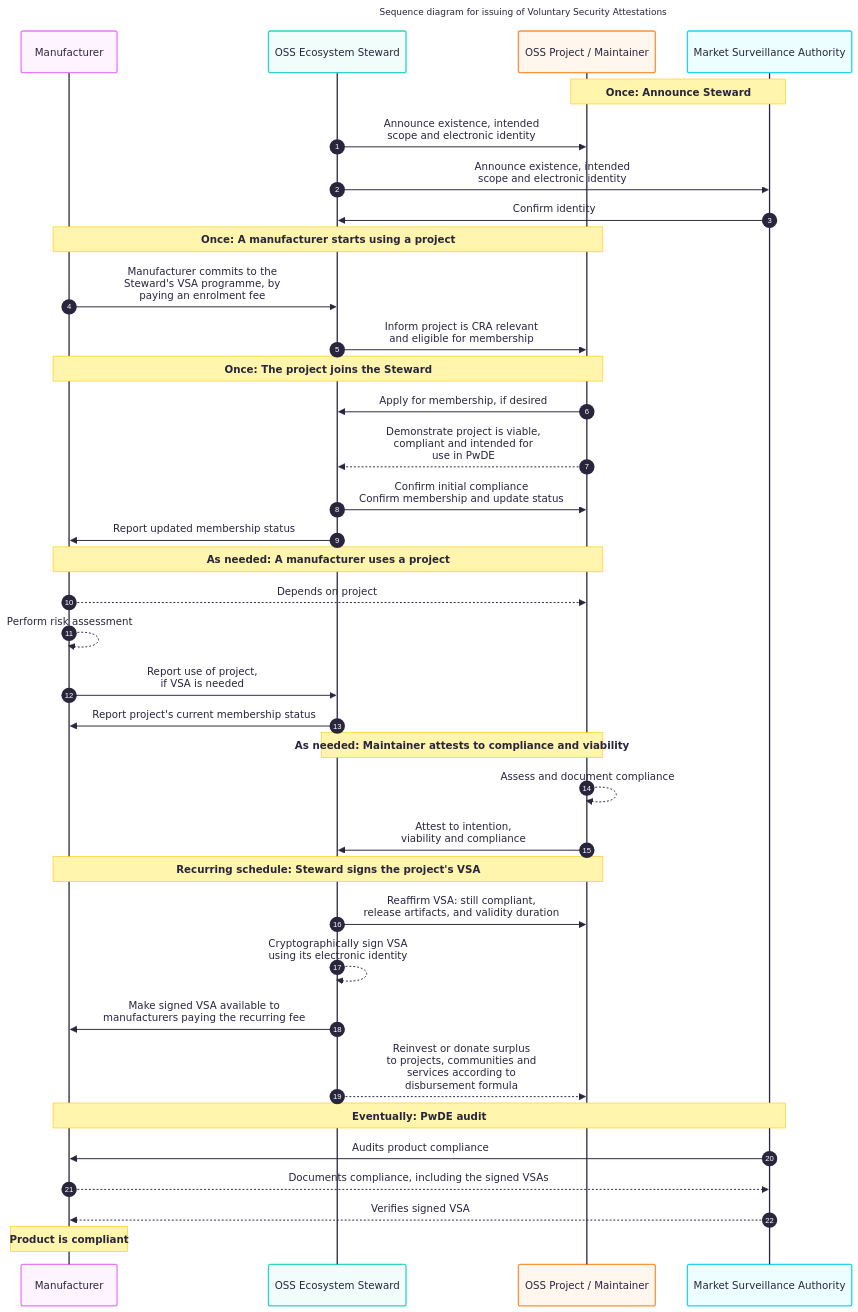
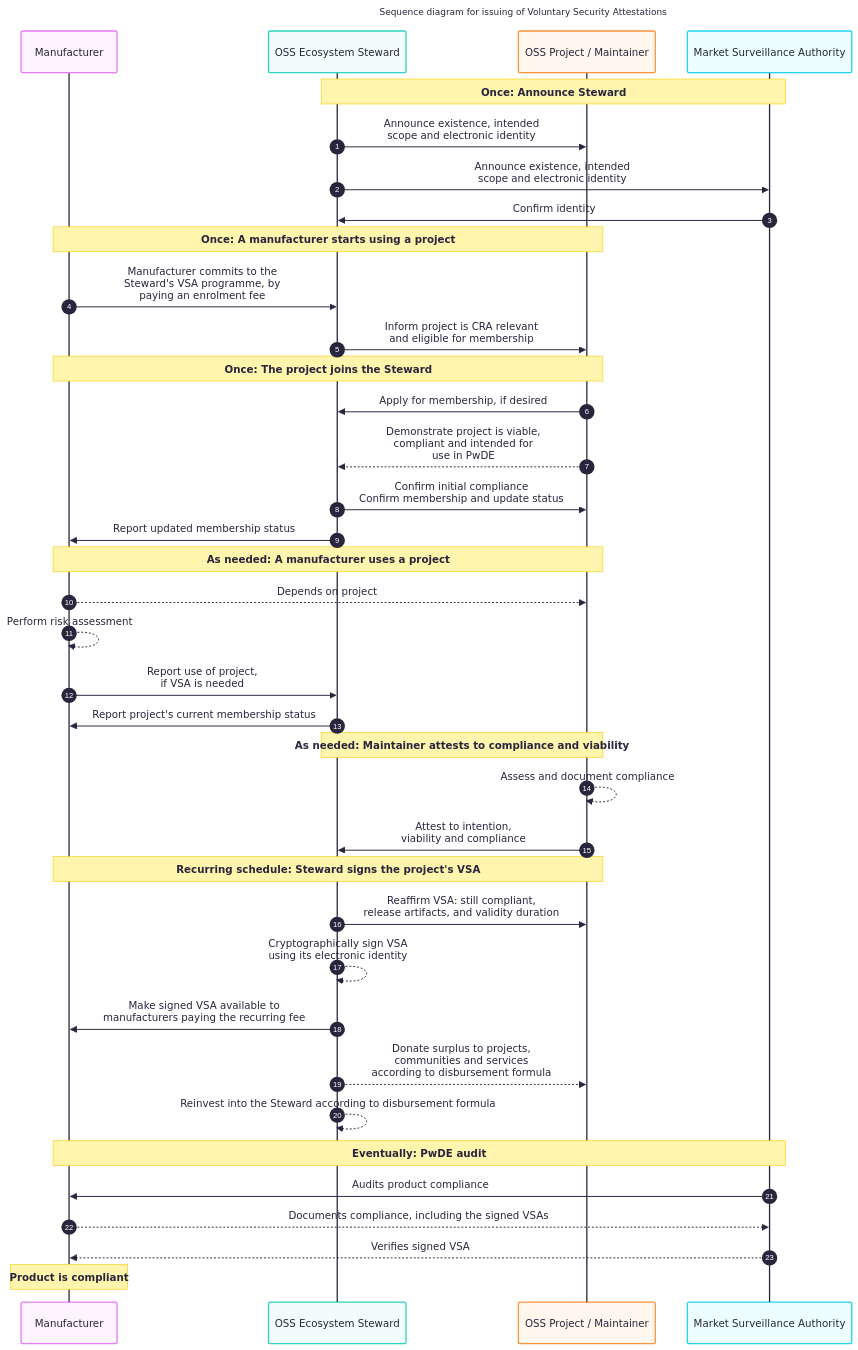
The diagram in docs/ecosystem-steward.md (CPAN-Security/security.metacpan.org), drawn with Mermaid before and after one commit. The commit also changed other lines of this file, not shown here.

````diff
--- a/docs/ecosystem-steward.md
+++ b/docs/ecosystem-steward.md
@@ -263,45 +265,46 @@
 ```mermaid
 ---
 title: Sequence diagram for issuing of Voluntary Security Attestations
 config:
     theme: redux-color
     layout: elk
     look: classic
 ---
 sequenceDiagram
     autonumber
     participant MFG as Manufacturer
     participant ES as OSS Ecosystem Steward
     participant OSS as OSS Project / Maintainer
     participant MSA as Market Surveillance Authority
-    note over OSS,MSA: Once: Announce Steward
+    note over ES,MSA: Once: Announce Steward
     ES->>OSS:   Announce existence, intended<br>scope and electronic identity
     ES->>MSA:   Announce existence, intended<br>scope and electronic identity
     MSA->>ES:   Confirm identity
     note over MFG,OSS: Once: A manufacturer starts using a project
     MFG->>ES:   Manufacturer commits to the<br>Steward's VSA programme, by<br>paying an enrolment fee
     ES->>OSS:   Inform project is CRA relevant<br>and eligible for membership
     note over MFG,OSS: Once: The project joins the Steward
     OSS->>ES:   Apply for membership, if desired
     OSS-->>ES:  Demonstrate project is viable,<br> compliant and intended for<br>use in PwDE
     ES->>OSS:   Confirm initial compliance<br>Confirm membership and update status
     ES->>MFG:   Report updated membership status
     note over MFG,OSS: As needed: A manufacturer uses a project
     MFG-->>OSS: Depends on project
     MFG-->>MFG: Perform risk assessment
     MFG->>ES:   Report use of project,<br>if VSA is needed
     ES->>MFG:   Report project's current membership status
     note over ES,OSS: As needed: Maintainer attests to compliance and viability
     OSS-->>OSS:  Assess and document compliance
     OSS->>ES:    Attest to intention,<br>viability and compliance
     note over MFG,OSS: Recurring schedule: Steward signs the project's VSA
     ES->>OSS:    Reaffirm VSA: still compliant,<br>release artifacts, and validity duration
     ES-->>ES:    Cryptographically sign VSA<br>using its electronic identity
     ES->>MFG:    Make signed VSA available to<br>manufacturers paying the recurring fee
-    ES-->>OSS:   Reinvest or donate surplus<br>to projects, communities and<br>services according to<br>disbursement formula
+    ES-->>OSS:   Donate surplus to projects,<br>communities and services<br>according to disbursement formula
+    ES-->>ES:    Reinvest into the Steward according to disbursement formula
     note over MFG,MSA: Eventually: PwDE audit
     MSA->>MFG:   Audits product compliance
     MFG-->>MSA:  Documents compliance, including the signed VSAs
     MSA-->>MFG:  Verifies signed VSA
     note over MFG: Product is compliant
 ```
````
